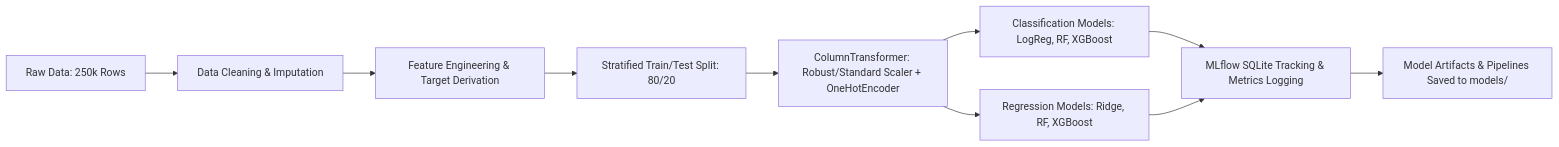
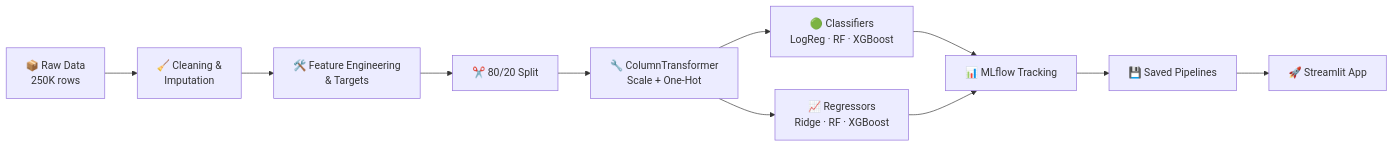
One commit to SANSKAR500/Real-Estate-Investment-Advisor-Predicting-Property-Profitability-Future-Value changed the diagram in README.md. Above: the diagram before and after it, drawn with Mermaid. The commit also changed other lines of this file and 1 other file, not shown here.

````diff
--- a/README.md
+++ b/README.md
@@ -205,12 +198,13 @@
 ```mermaid
 flowchart LR
-    A[Raw Data: 250k Rows] --> B[Data Cleaning & Imputation]
-    B --> C[Feature Engineering & Target Derivation]
-    C --> D[Stratified Train/Test Split: 80/20]
-    D --> E[ColumnTransformer: Robust/Standard Scaler + OneHotEncoder]
-    E --> F[Classification Models: LogReg, RF, XGBoost]
-    E --> G[Regression Models: Ridge, RF, XGBoost]
-    F --> H[MLflow SQLite Tracking & Metrics Logging]
+    A[📦 Raw Data<br/>250K rows] --> B[🧹 Cleaning &<br/>Imputation]
+    B --> C[🛠️ Feature Engineering<br/>& Targets]
+    C --> D[✂️ 80/20 Split]
+    D --> E[🔧 ColumnTransformer<br/>Scale + One-Hot]
+    E --> F[🟢 Classifiers<br/>LogReg · RF · XGBoost]
+    E --> G[📈 Regressors<br/>Ridge · RF · XGBoost]
+    F --> H[📊 MLflow Tracking]
     G --> H
-    H --> I[Model Artifacts & Pipelines Saved to models/]
+    H --> I[💾 Saved Pipelines]
+    I --> J[🚀 Streamlit App]
 ```
````
